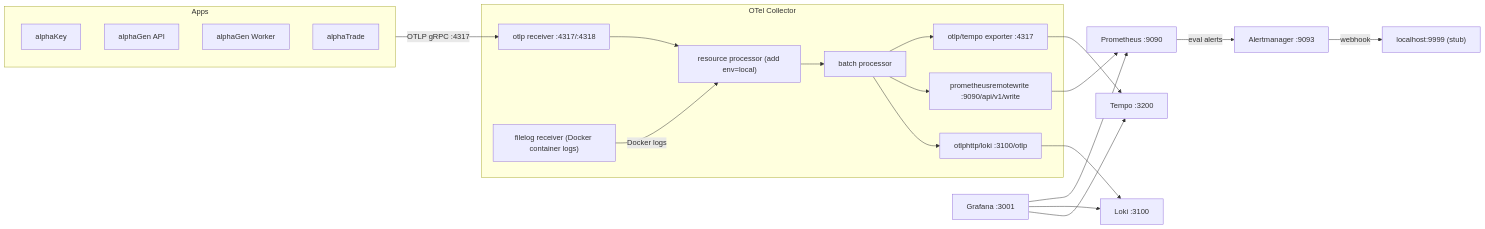
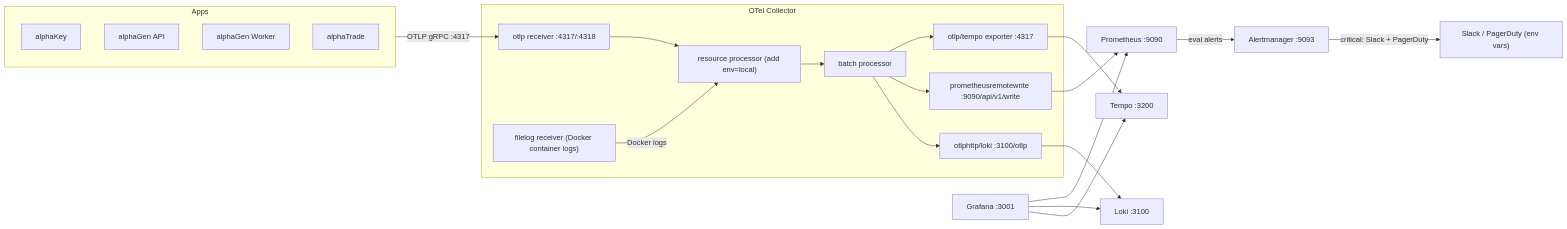
Before and after one commit to Preeth2000/alphaDocs: the second of 2 diagrams in services/alphaFrame/Architecture.md, drawn with Mermaid. The commit also changed other lines of this file and 3 other files, not shown here.

````diff
--- a/services/alphaFrame/Architecture.md
+++ b/services/alphaFrame/Architecture.md
@@ -97,32 +98,32 @@
 ```mermaid
 flowchart LR
     subgraph Apps
         AK[alphaKey]
         AG_A[alphaGen API]
         AG_W[alphaGen Worker]
         AT[alphaTrade]
     end
 
     subgraph OTelCol["OTel Collector"]
         R_OTLP["otlp receiver :4317/:4318"]
         R_FILE["filelog receiver (Docker container logs)"]
         P_BATCH["batch processor"]
         P_RES["resource processor (add env=local)"]
         E_TEMPO["otlp/tempo exporter :4317"]
         E_PROM["prometheusremotewrite :9090/api/v1/write"]
         E_LOKI["otlphttp/loki :3100/otlp"]
     end
 
     Apps -->|OTLP gRPC :4317| R_OTLP
     R_FILE -->|Docker logs| P_RES
     R_OTLP --> P_RES --> P_BATCH
     P_BATCH --> E_TEMPO & E_PROM & E_LOKI
 
     E_TEMPO --> Tempo[Tempo :3200]
     E_PROM --> Prometheus[Prometheus :9090]
     E_LOKI --> Loki[Loki :3100]
 
     Prometheus -->|eval alerts| Alertmanager[Alertmanager :9093]
-    Alertmanager -->|webhook| Stub["localhost:9999 (stub)"]
+    Alertmanager -->|critical: Slack + PagerDuty| External["Slack / PagerDuty (env vars)"]
     Grafana[Grafana :3001] --> Prometheus & Loki & Tempo
 ```
````
